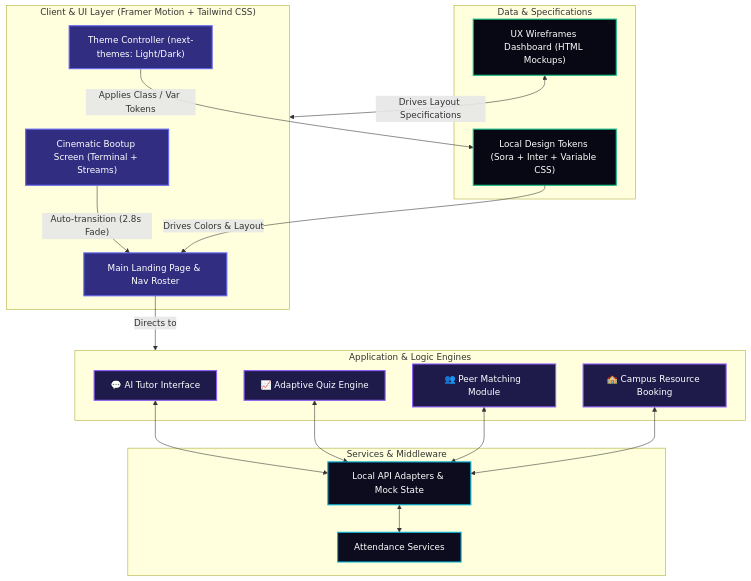
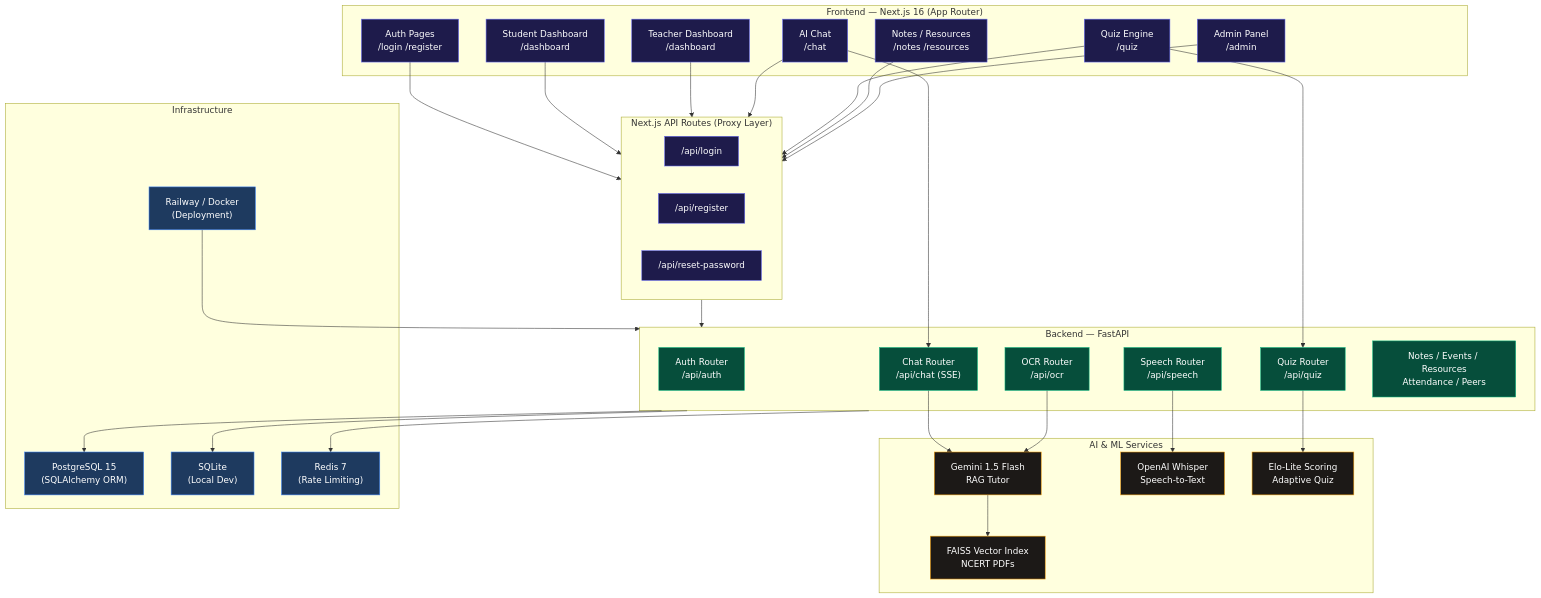
Before and after one commit to bhargav0098/EduBridge-Ai: the diagram in README.md, drawn with Mermaid. The commit also changed other lines of this file, not shown here.

Commit message:
docs: rewrite README with full architecture, API reference, setup guide, and deployment docs

````diff
--- a/README.md
+++ b/README.md
@@ -21,42 +97,58 @@
 ```mermaid
 graph TD
-    %% Styling
-    classDef client fill:#312E81,stroke:#6366F1,stroke-width:2px,color:#fff;
-    classDef logic fill:#1E1B4B,stroke:#8B5CF6,stroke-width:2px,color:#fff;
-    classDef services fill:#0D0B1E,stroke:#06B6D4,stroke-width:2px,color:#fff;
-    classDef storage fill:#080814,stroke:#10B981,stroke-width:2px,color:#fff;
+    classDef frontend fill:#1E1B4B,stroke:#6366F1,color:#fff
+    classDef backend fill:#064E3B,stroke:#10B981,color:#fff
+    classDef ai fill:#1C1917,stroke:#F59E0B,color:#fff
+    classDef infra fill:#1E3A5F,stroke:#3B82F6,color:#fff
 
-    %% Nodes
-    subgraph UI_Layer ["Client & UI Layer (Framer Motion + Tailwind CSS)"]
-        A["Cinematic Bootup Screen (Terminal + Streams)"]:::client
-        B["Theme Controller (next-themes: Light/Dark)"]:::client
-        C["Main Landing Page & Nav Roster"]:::client
+    subgraph FE["Frontend — Next.js 16 (App Router)"]
+        A["Auth Pages\n/login /register"]:::frontend
+        B["Student Dashboard\n/dashboard"]:::frontend
+        C["Teacher Dashboard\n/dashboard"]:::frontend
+        D["AI Chat\n/chat"]:::frontend
+        E["Quiz Engine\n/quiz"]:::frontend
+        F["Notes / Resources\n/notes /resources"]:::frontend
+        G["Admin Panel\n/admin"]:::frontend
     end
 
-    subgraph Logic_Layer ["Application & Logic Engines"]
-        D["💬 AI Tutor Interface"]:::logic
-        E["📈 Adaptive Quiz Engine"]:::logic
-        F["👥 Peer Matching Module"]:::logic
-        G["🏫 Campus Resource Booking"]:::logic
+    subgraph API["Next.js API Routes (Proxy Layer)"]
+        H["/api/login"]:::frontend
+        I["/api/register"]:::frontend
+        J["/api/reset-password"]:::frontend
     end
 
-    subgraph Service_Layer ["Services & Middleware"]
-        H["Attendance Services"]:::services
-        I["Local API Adapters & Mock State"]:::services
+    subgraph BE["Backend — FastAPI"]
+        K["Auth Router\n/api/auth"]:::backend
+        L["Chat Router\n/api/chat (SSE)"]:::backend
+        M["Quiz Router\n/api/quiz"]:::backend
+        N["Speech Router\n/api/speech"]:::backend
+        O["OCR Router\n/api/ocr"]:::backend
+        P["Notes / Events / Resources\nAttendance / Peers"]:::backend
     end
 
-    subgraph Data_Layer ["Data & Specifications"]
-        J["UX Wireframes Dashboard (HTML Mockups)"]:::storage
-        K["Local Design Tokens (Sora + Inter + Variable CSS)"]:::storage
+    subgraph AI_Layer["AI & ML Services"]
+        Q["Gemini 1.5 Flash\nRAG Tutor"]:::ai
+        R["FAISS Vector Index\nNCERT PDFs"]:::ai
+        S["OpenAI Whisper\nSpeech-to-Text"]:::ai
+        T["Elo-Lite Scoring\nAdaptive Quiz"]:::ai
     end
 
-    %% Flows & Connections
-    A -->|"Auto-transition (2.8s Fade)"| C
-    B -->|"Applies Class / Var Tokens"| K
-    K -->|"Drives Colors & Layout"| C
-    C -->|"Directs to"| Logic_Layer
-    
-    D & E & F & G <--> I
-    I <--> H
-    J <-->|"Drives Layout Specifications"| UI_Layer
+    subgraph Infra["Infrastructure"]
+        U["PostgreSQL 15\n(SQLAlchemy ORM)"]:::infra
+        V["SQLite\n(Local Dev)"]:::infra
+        W["Redis 7\n(Rate Limiting)"]:::infra
+        X["Railway / Docker\n(Deployment)"]:::infra
+    end
+
+    A & B & C & D & E & F & G --> API
+    API --> BE
+    D --> L --> Q
+    Q --> R
+    E --> M --> T
+    N --> S
+    O --> Q
+    BE --> U
+    BE --> V
+    BE --> W
+    X --> BE
 ```
````
